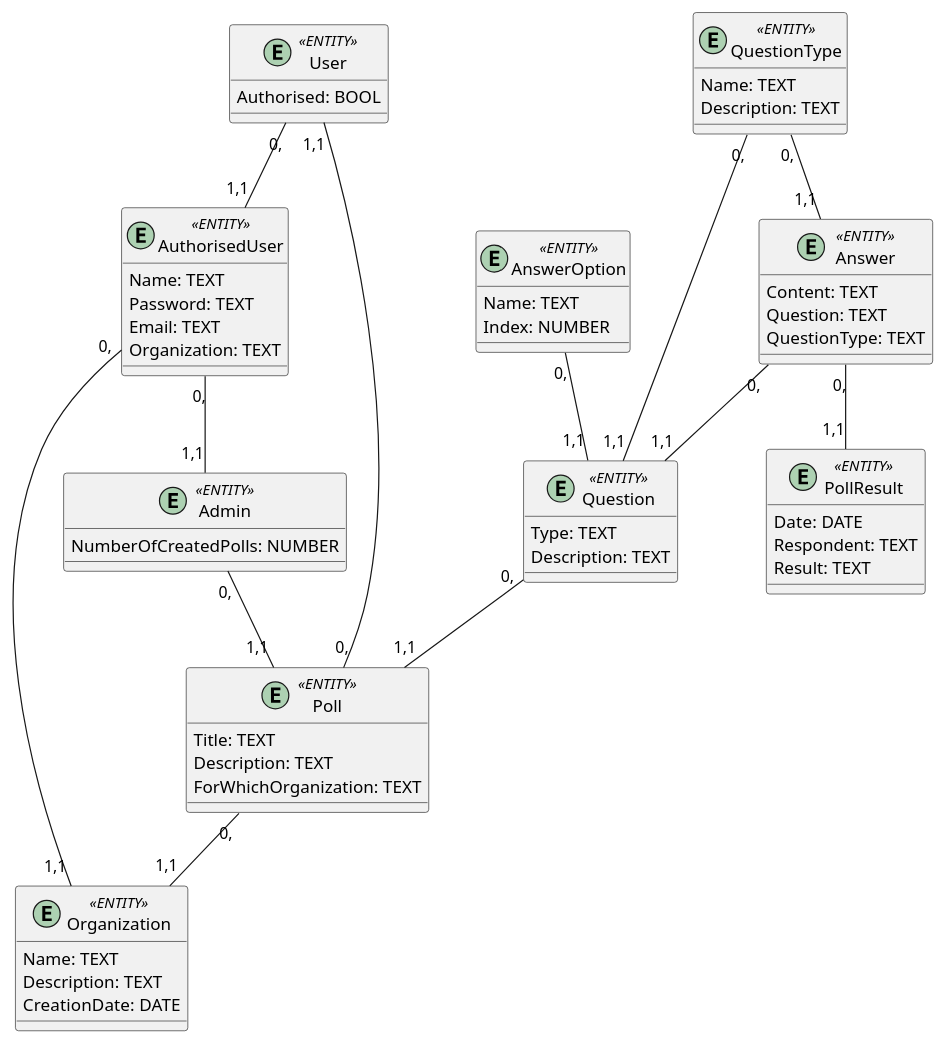
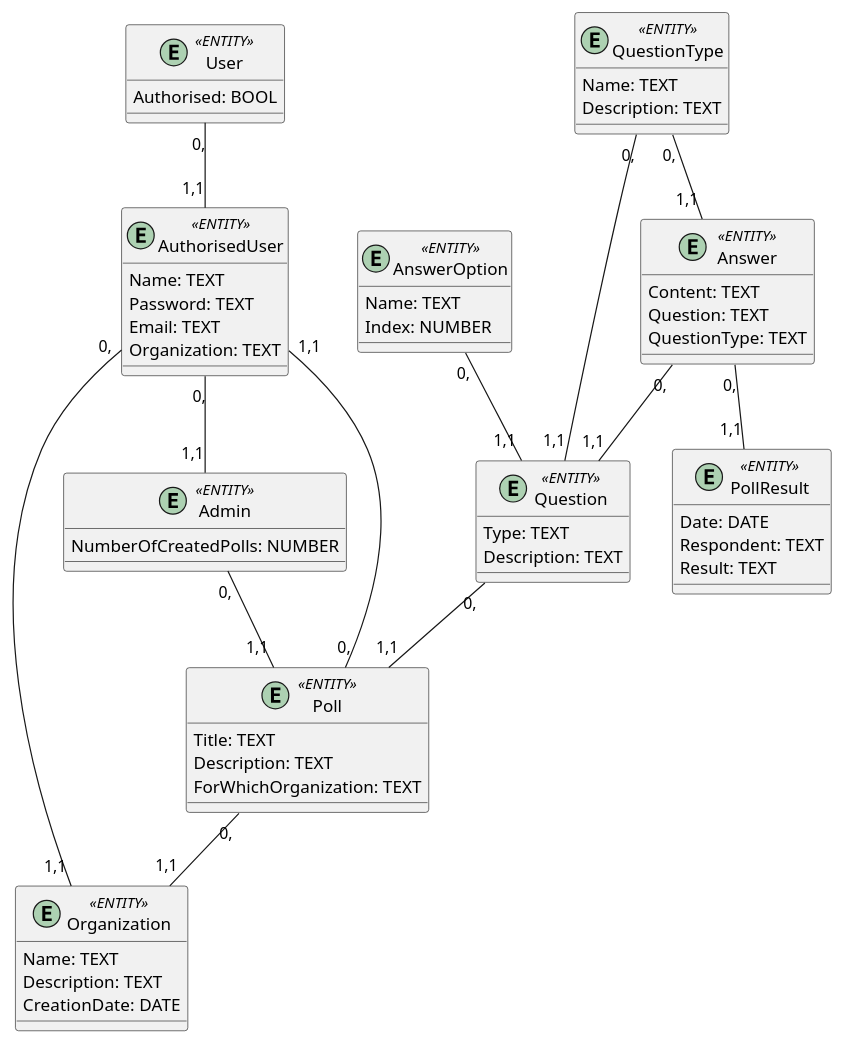
Before and after one commit to bochka123/bobryataStars: the diagram in docs/design/README.md, drawn with PlantUML.

```diff
--- a/docs/design/README.md
+++ b/docs/design/README.md
@@ -75,7 +75,7 @@
 
 	Poll "0,"--"1,1" Organization
 
-	Poll "0,"--"1,1" User
+	Poll "0,"--"1,1" AuthorisedUser
 
 	Question "0,"--"1,1" Poll
 
```
